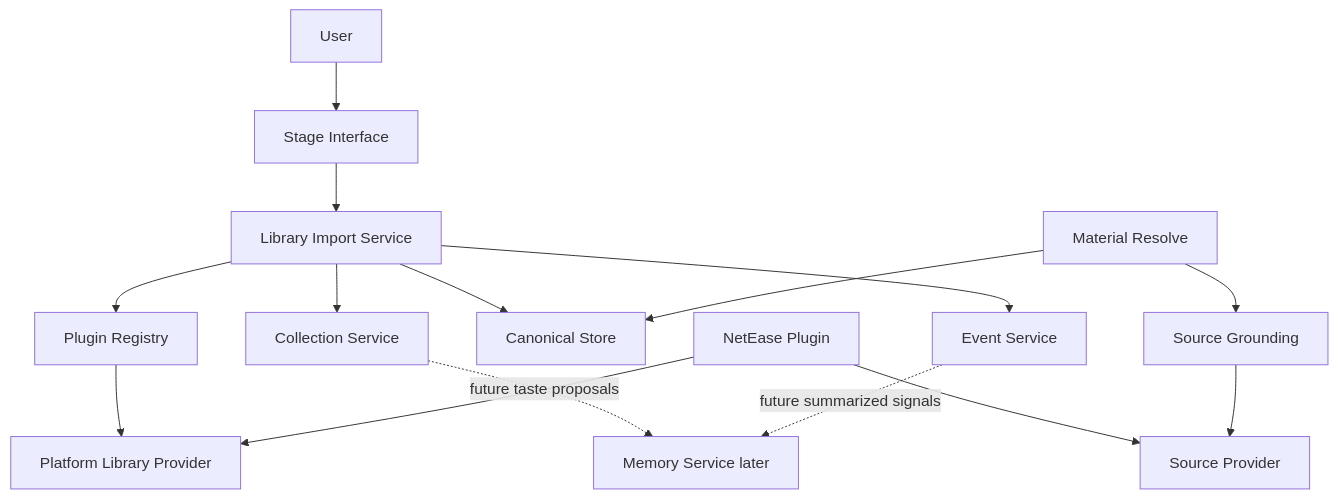
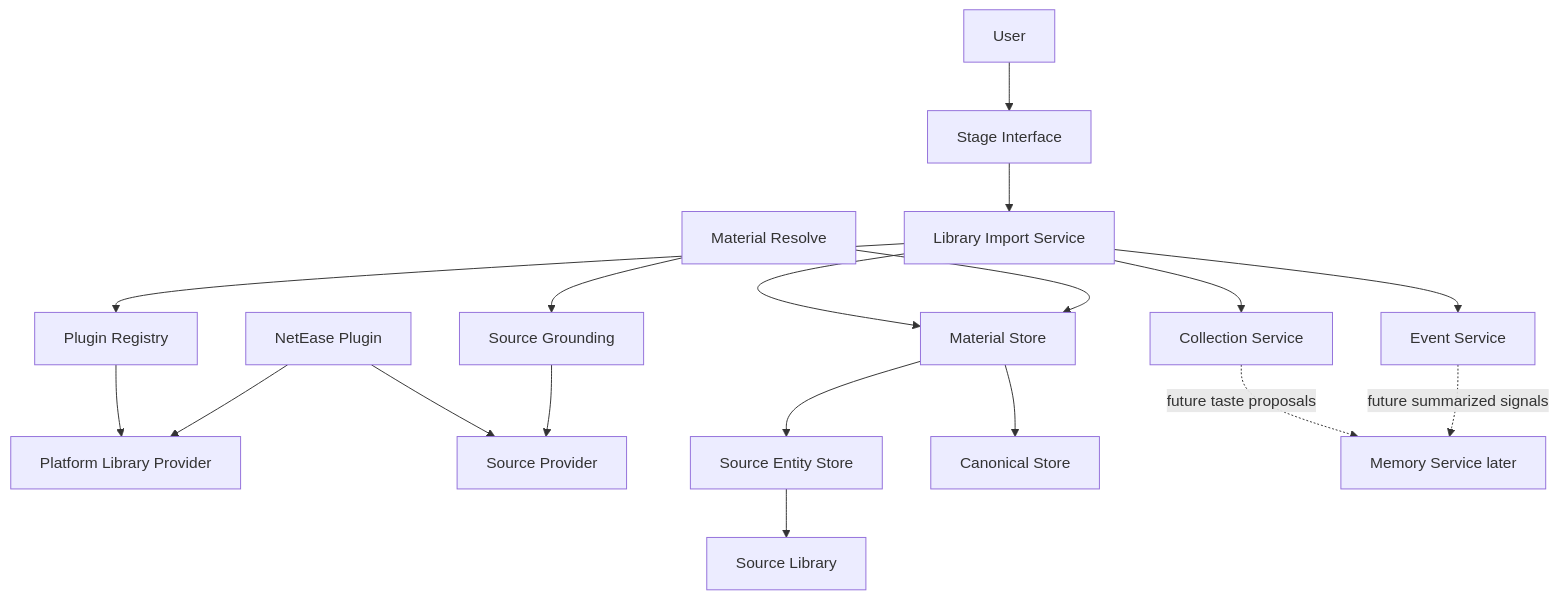
Before and after one commit to Odefined/MineMusic: the first of 2 diagrams in docs/library-import/design.md, drawn with Mermaid. The commit also changed other lines of this file and 7 other files, not shown here.

Commit message:
docs: sync material store source entity state

````diff
--- a/docs/library-import/design.md
+++ b/docs/library-import/design.md
@@ -71,31 +76,37 @@
 ```mermaid
 flowchart TD
     User["User"]
     StageInterface["Stage Interface"]
     ImportService["Library Import Service"]
     PluginRegistry["Plugin Registry"]
     LibraryProvider["Platform Library Provider"]
     SourceProvider["Source Provider"]
     NetEasePlugin["NetEase Plugin"]
+    MaterialStore["Material Store"]
+    SourceEntityStore["Source Entity Store"]
     CanonicalStore["Canonical Store"]
+    SourceLibrary["Source Library"]
     CollectionService["Collection Service"]
     EventService["Event Service"]
     MaterialResolve["Material Resolve"]
     SourceGrounding["Source Grounding"]
     MemoryService["Memory Service later"]
 
     User --> StageInterface
     StageInterface --> ImportService
     ImportService --> PluginRegistry
     PluginRegistry --> LibraryProvider
     NetEasePlugin --> LibraryProvider
     NetEasePlugin --> SourceProvider
-    ImportService --> CanonicalStore
+    ImportService --> MaterialStore
+    MaterialStore --> SourceEntityStore
+    MaterialStore --> CanonicalStore
+    SourceEntityStore --> SourceLibrary
     ImportService --> CollectionService
     ImportService --> EventService
     MaterialResolve --> SourceGrounding
-    MaterialResolve --> CanonicalStore
+    MaterialResolve --> MaterialStore
     SourceGrounding --> SourceProvider
     CollectionService -. "future taste proposals" .-> MemoryService
     EventService -. "future summarized signals" .-> MemoryService
 ```
````
